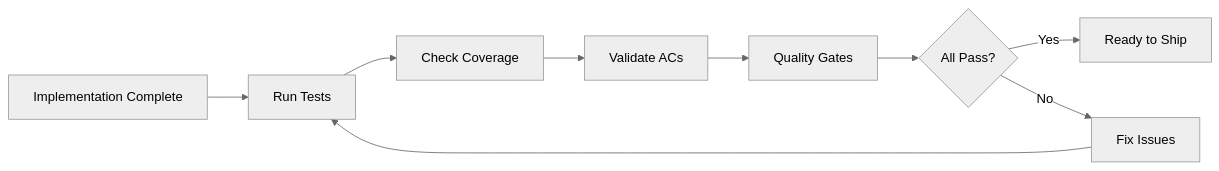
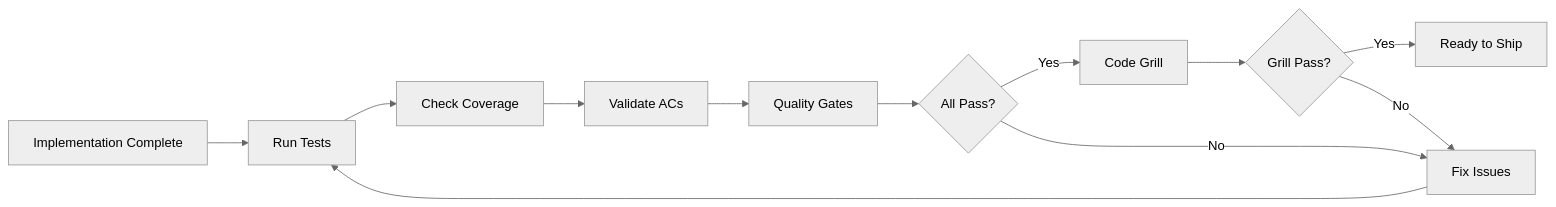
One commit to anton-abyzov/specweave changed the diagram in docs-site/docs/workflows/validation.md. Above: the diagram before and after it, drawn with Mermaid (neutral theme). The commit also changed other lines of this file and 70 other files, not shown here.

````diff
--- a/docs-site/docs/workflows/validation.md
+++ b/docs-site/docs/workflows/validation.md
@@ -15,11 +15,14 @@
 ```mermaid
 graph LR
     A[Implementation Complete] --> B[Run Tests]
     B --> C[Check Coverage]
     C --> D[Validate ACs]
     D --> E[Quality Gates]
     E --> F{All Pass?}
-    F -->|Yes| G[Ready to Ship]
-    F -->|No| H[Fix Issues]
-    H --> B
+    F -->|Yes| G[Code Grill]
+    G --> H{Grill Pass?}
+    H -->|Yes| I[Ready to Ship]
+    H -->|No| J[Fix Issues]
+    F -->|No| J
+    J --> B
 ```
````
